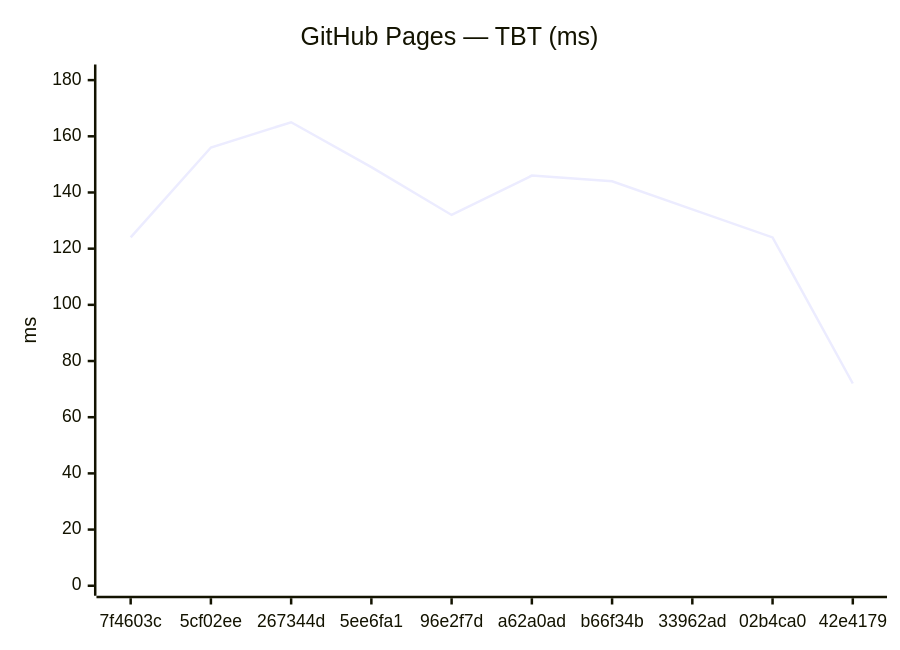
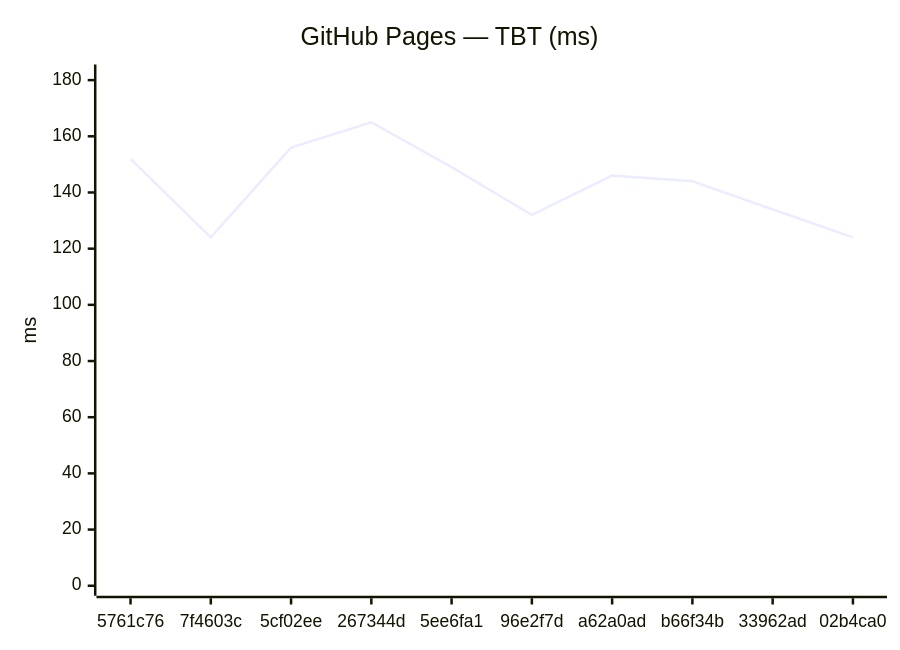
The fourth of 18 diagrams in benchmarks/compare.md (Metaheurist/Rianell), drawn with Mermaid before and after one commit. The commit also changed other lines of this file and 11 other files, not shown here.

````diff
--- a/benchmarks/compare.md
+++ b/benchmarks/compare.md
@@ -61,7 +61,7 @@
 ```mermaid
 xychart-beta
     title "GitHub Pages — TBT (ms)"
-    x-axis ["7f4603c", "5cf02ee", "267344d", "5ee6fa1", "96e2f7d", "a62a0ad", "b66f34b", "33962ad", "02b4ca0", "42e4179"]
+    x-axis ["5761c76", "7f4603c", "5cf02ee", "267344d", "5ee6fa1", "96e2f7d", "a62a0ad", "b66f34b", "33962ad", "02b4ca0"]
     y-axis "ms" 0 --> 182
-    line [124, 156, 165, 149, 132, 146, 144, 134, 124, 72]
+    line [152, 124, 156, 165, 149, 132, 146, 144, 134, 124]
 ```
````
